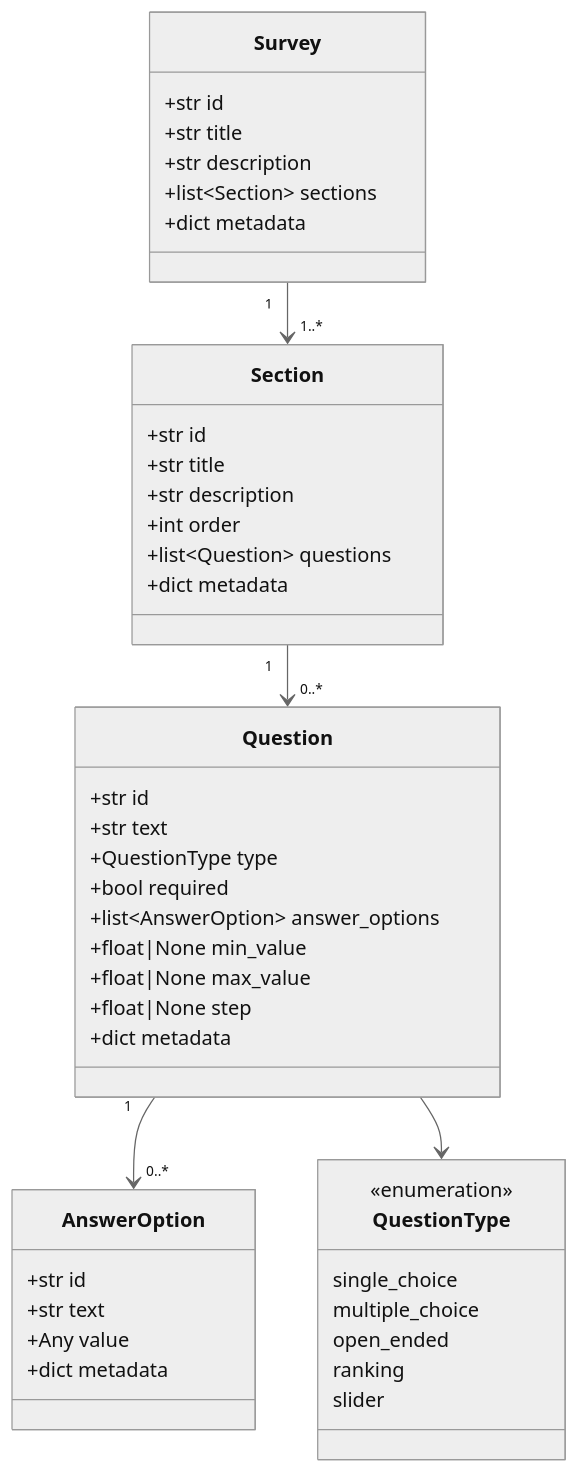
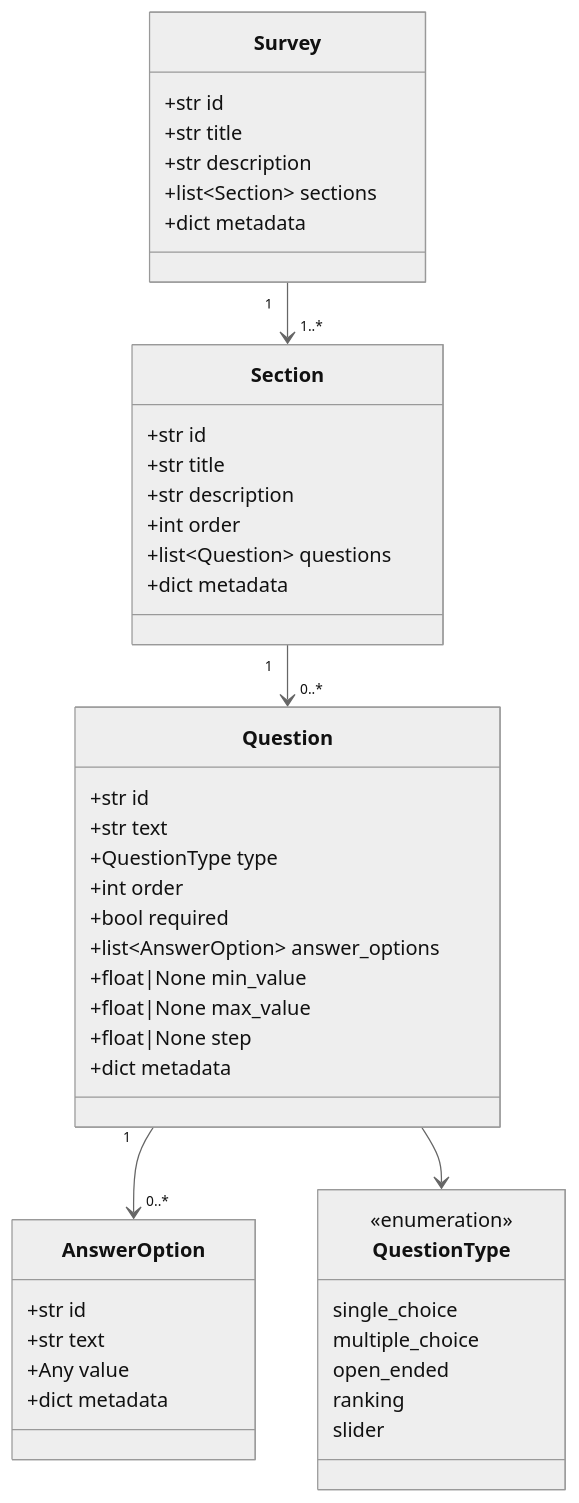
The first of 5 diagrams in docs/DATA_MODEL.md (pxl-research/expats-geant), drawn with Mermaid (neutral theme) before and after one commit. The commit also changed 1 other file, not shown here.

Commit message:
CHANGE: updated docs

````diff
--- a/docs/DATA_MODEL.md
+++ b/docs/DATA_MODEL.md
@@ -23,52 +23,53 @@
 ```mermaid
 classDiagram
     class Survey {
         +str id
         +str title
         +str description
         +list~Section~ sections
         +dict metadata
     }
 
     class Section {
         +str id
         +str title
         +str description
         +int order
         +list~Question~ questions
         +dict metadata
     }
 
     class Question {
         +str id
         +str text
         +QuestionType type
+        +int order
         +bool required
         +list~AnswerOption~ answer_options
         +float|None min_value
         +float|None max_value
         +float|None step
         +dict metadata
     }
 
     class AnswerOption {
         +str id
         +str text
         +Any value
         +dict metadata
     }
 
     class QuestionType {
         <<enumeration>>
         single_choice
         multiple_choice
         open_ended
         ranking
         slider
     }
 
     Survey "1" --> "1..*" Section
     Section "1" --> "0..*" Question
     Question "1" --> "0..*" AnswerOption
     Question --> QuestionType
 ```
````
